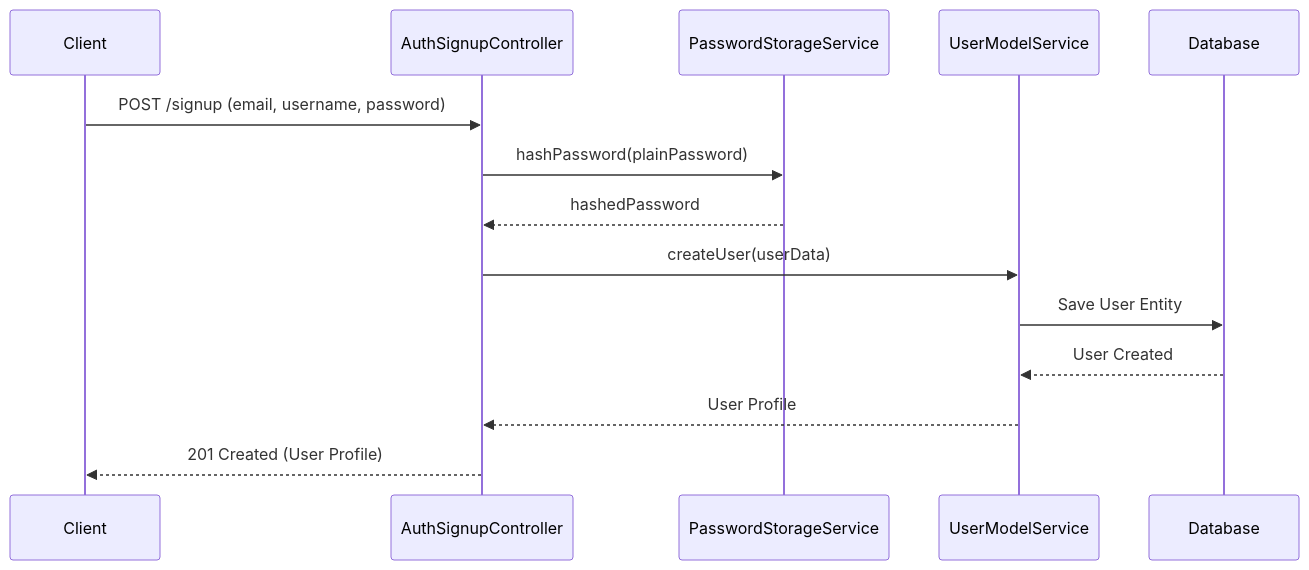
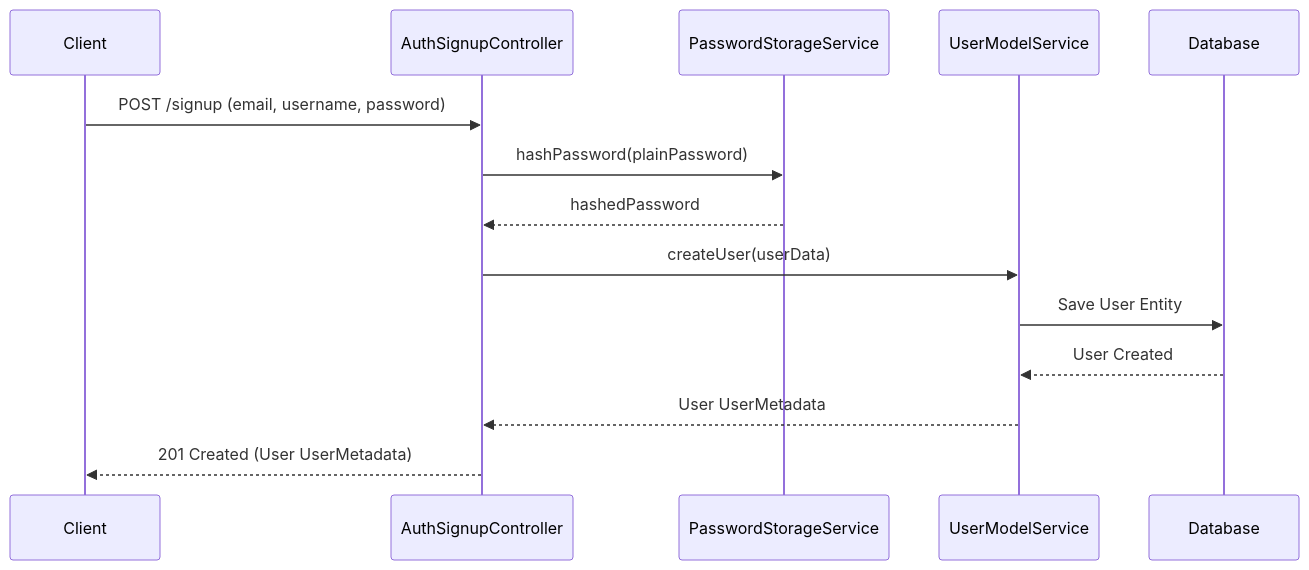
Before and after one commit to tnramalho/rockets-sdk: the second of 11 diagrams in packages/rockets-server/README.md, drawn with Mermaid. The commit also changed other lines of this file and 190 other files, not shown here.

Commit message:
chore: rename packages and files, and add user metadata

````diff
--- a/packages/rockets-server/README.md
+++ b/packages/rockets-server/README.md
@@ -1851,17 +1851,17 @@
 ```mermaid
 sequenceDiagram
     participant C as Client
     participant CT as AuthSignupController
     participant PS as PasswordStorageService
     participant US as UserModelService
     participant D as Database
     
     C->>CT: POST /signup (email, username, password)
     CT->>PS: hashPassword(plainPassword)
     PS-->>CT: hashedPassword
     CT->>US: createUser(userData)
     US->>D: Save User Entity
     D-->>US: User Created
-    US-->>CT: User Profile
-    CT-->>C: 201 Created (User Profile)
+    US-->>CT: User UserMetadata
+    CT-->>C: 201 Created (User UserMetadata)
 ```
````
